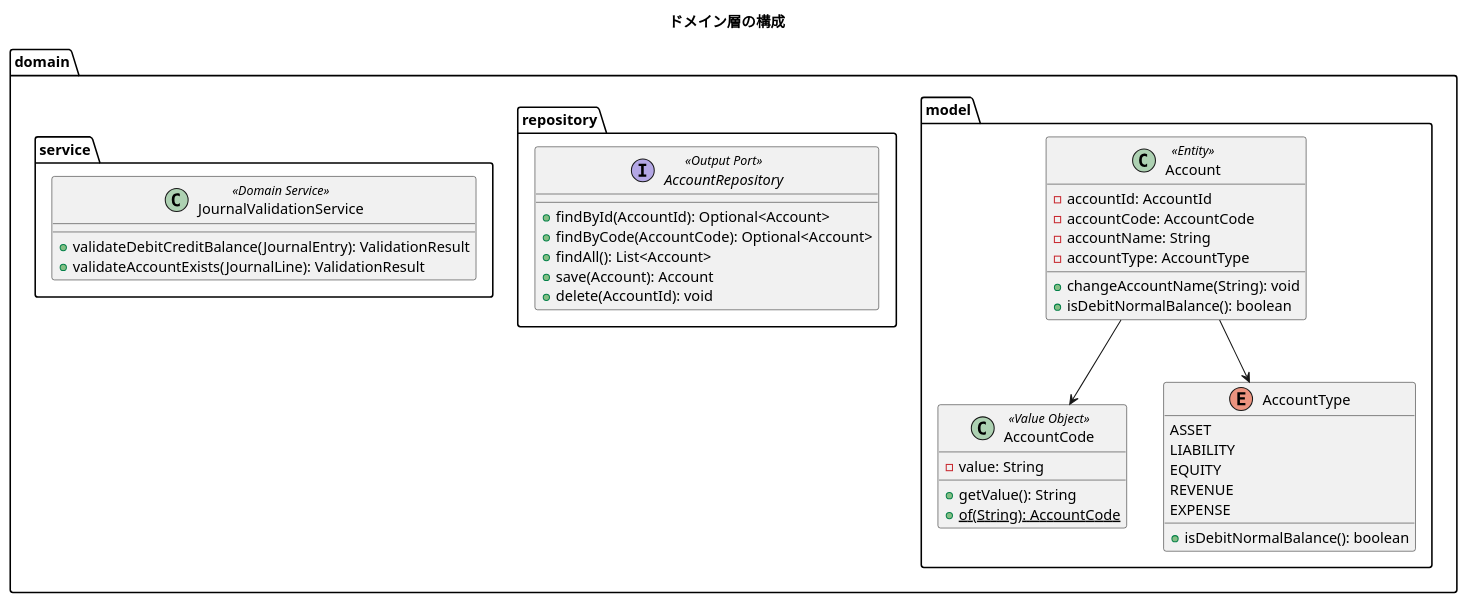
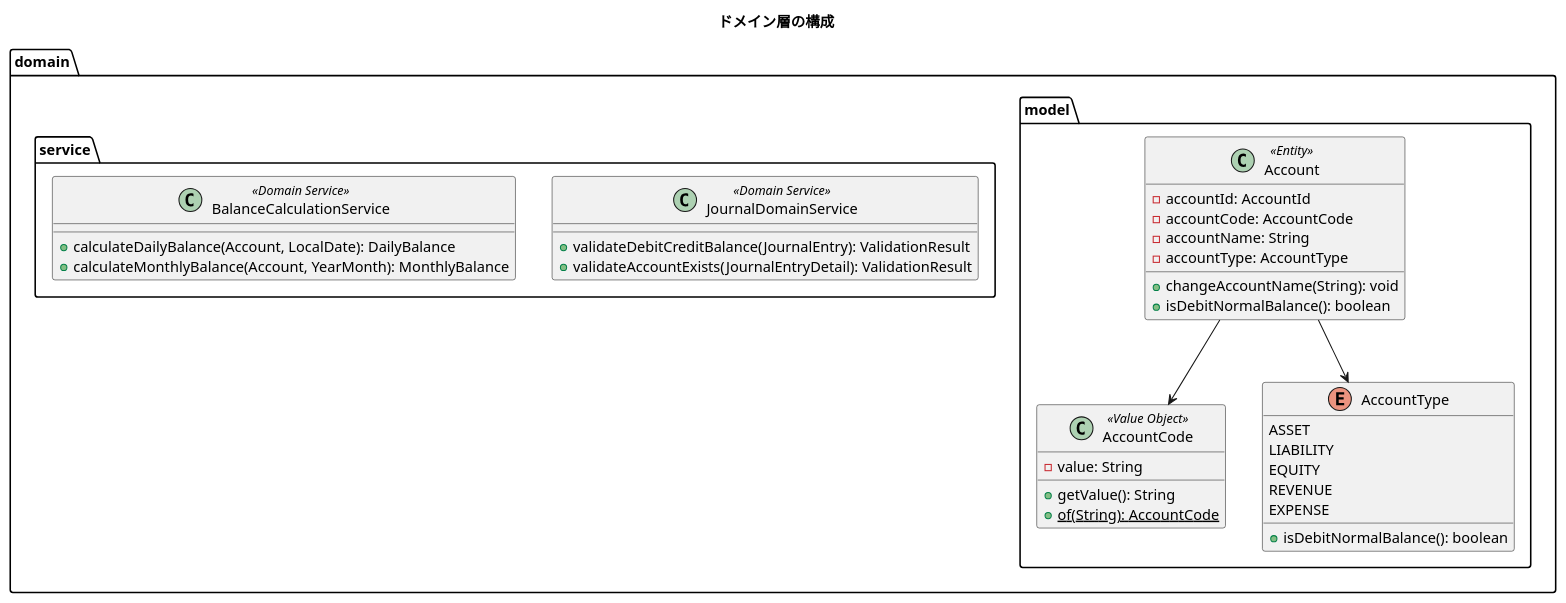
One commit to k2works/case-study-accounting changed the second of 6 diagrams in docs/design/architecture_backend.md. Above: the diagram before and after it, drawn with PlantUML. The commit also changed other lines of this file, not shown here.

First line of the commit message:
docs(design): architecture_backend.md の整合性を修正

````diff
--- a/docs/design/architecture_backend.md
+++ b/docs/design/architecture_backend.md
@@ -156,51 +156,46 @@
 ```plantuml
 @startuml
 title ドメイン層の構成
 
 package "domain.model" {
   class Account <<Entity>> {
     - accountId: AccountId
     - accountCode: AccountCode
     - accountName: String
     - accountType: AccountType
     + changeAccountName(String): void
     + isDebitNormalBalance(): boolean
   }
 
   class AccountCode <<Value Object>> {
     - value: String
     + getValue(): String
     + {static} of(String): AccountCode
   }
 
   enum AccountType {
     ASSET
     LIABILITY
     EQUITY
     REVENUE
     EXPENSE
     + isDebitNormalBalance(): boolean
   }
 }
 
-package "domain.repository" {
-  interface AccountRepository <<Output Port>> {
-    + findById(AccountId): Optional<Account>
-    + findByCode(AccountCode): Optional<Account>
-    + findAll(): List<Account>
-    + save(Account): Account
-    + delete(AccountId): void
+package "domain.service" {
+  class JournalDomainService <<Domain Service>> {
+    + validateDebitCreditBalance(JournalEntry): ValidationResult
+    + validateAccountExists(JournalEntryDetail): ValidationResult
   }
-}
 
-package "domain.service" {
-  class JournalValidationService <<Domain Service>> {
-    + validateDebitCreditBalance(JournalEntry): ValidationResult
-    + validateAccountExists(JournalLine): ValidationResult
+  class BalanceCalculationService <<Domain Service>> {
+    + calculateDailyBalance(Account, LocalDate): DailyBalance
+    + calculateMonthlyBalance(Account, YearMonth): MonthlyBalance
   }
 }
 
 Account --> AccountCode
 Account --> AccountType
 @enduml
 ```
````
